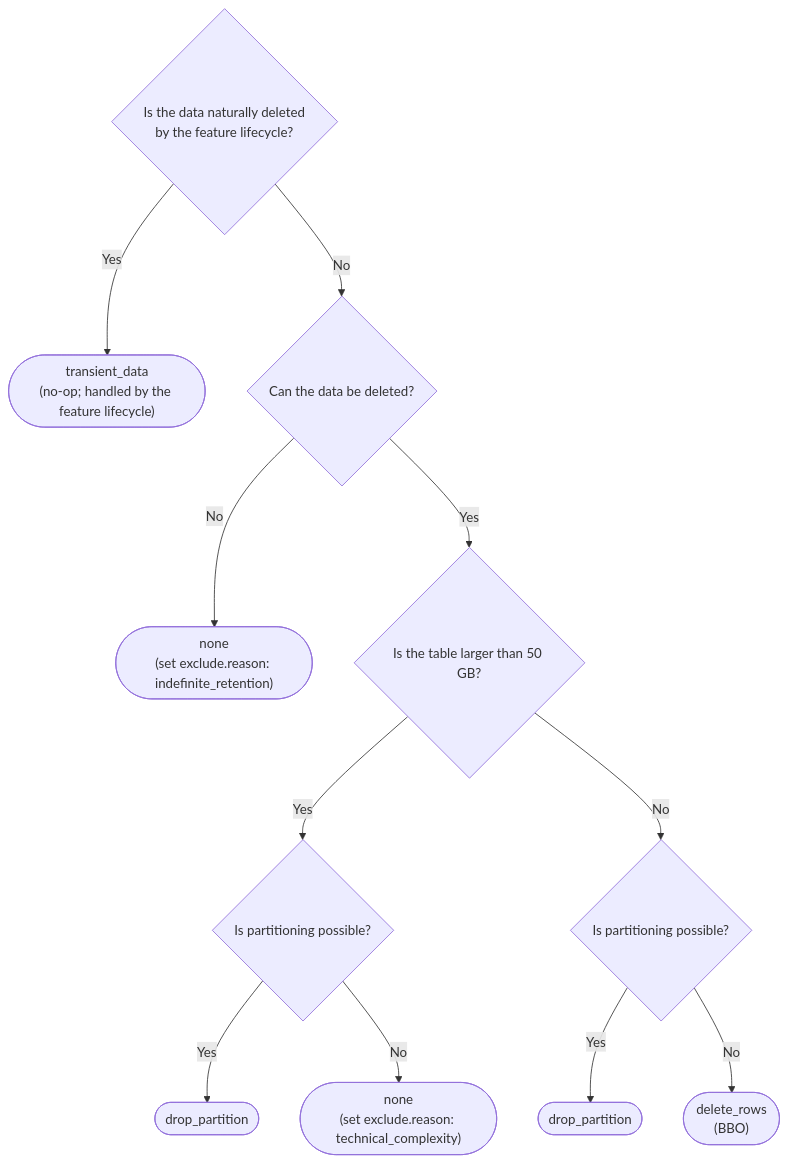
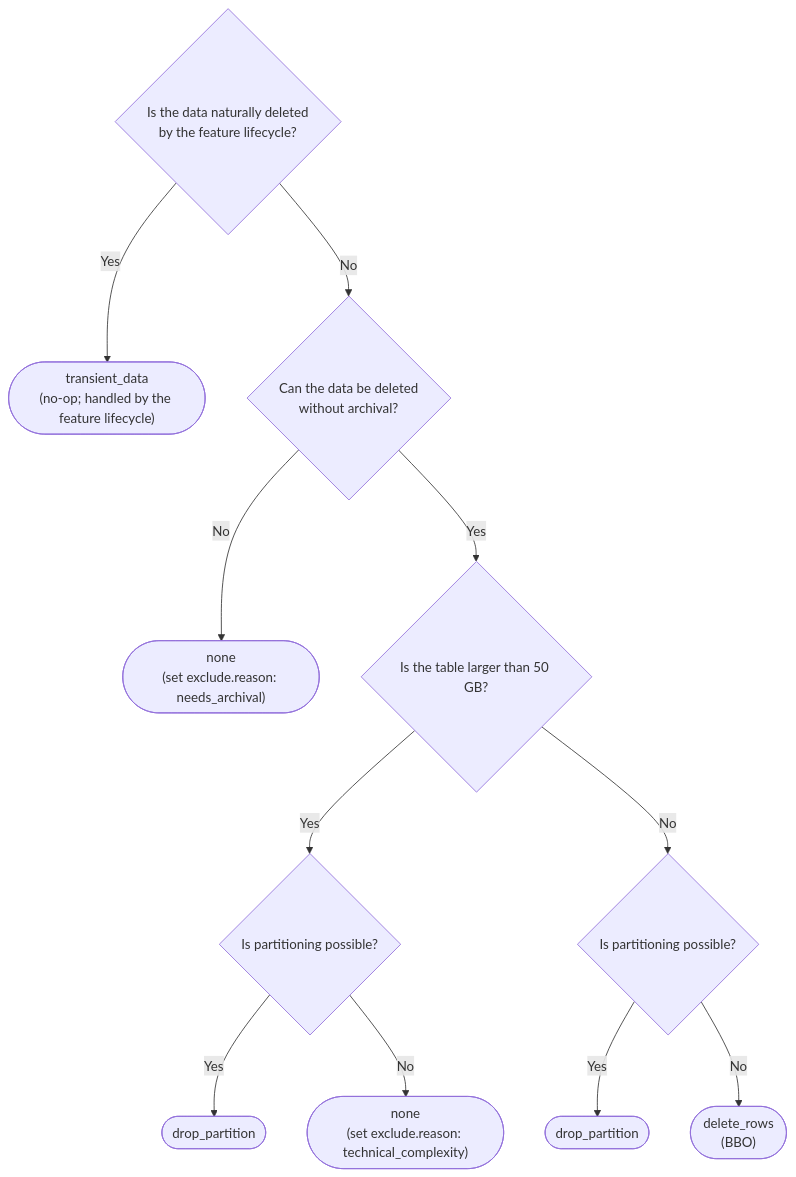
One commit to kyama0/gitlab-handbook-ja changed the diagram in content/handbook/engineering/architecture/design-documents/data_retention_policy_framework/_index.md. Above: the diagram before and after it, drawn with Mermaid. The commit also changed other lines of this file and 10 other files, not shown here.

````diff
--- a/content/handbook/engineering/architecture/design-documents/data_retention_policy_framework/_index.md
+++ b/content/handbook/engineering/architecture/design-documents/data_retention_policy_framework/_index.md
@@ -110,14 +111,14 @@
 ```mermaid
 flowchart TD
     A{"Is the data naturally deleted<br>by the feature lifecycle?"}
     A -->|Yes| B(["transient_data<br>(no-op; handled by the feature lifecycle)"])
-    A -->|No| G{"Can the data be deleted?"}
-    G -->|No| I(["none<br>(set exclude.reason: indefinite_retention)"])
+    A -->|No| G{"Can the data be deleted<br>without archival?"}
+    G -->|No| M(["none<br>(set exclude.reason: needs_archival)"])
     G -->|Yes| C{"Is the table larger than 50 GB?"}
     C -->|Yes| J{"Is partitioning possible?"}
     J -->|Yes| D(["drop_partition"])
     J -->|No| K(["none<br>(set exclude.reason: technical_complexity)"])
     C -->|No| E{"Is partitioning possible?"}
     E -->|Yes| F(["drop_partition"])
     E -->|No| H(["delete_rows<br>(BBO)"])
 ```
````
